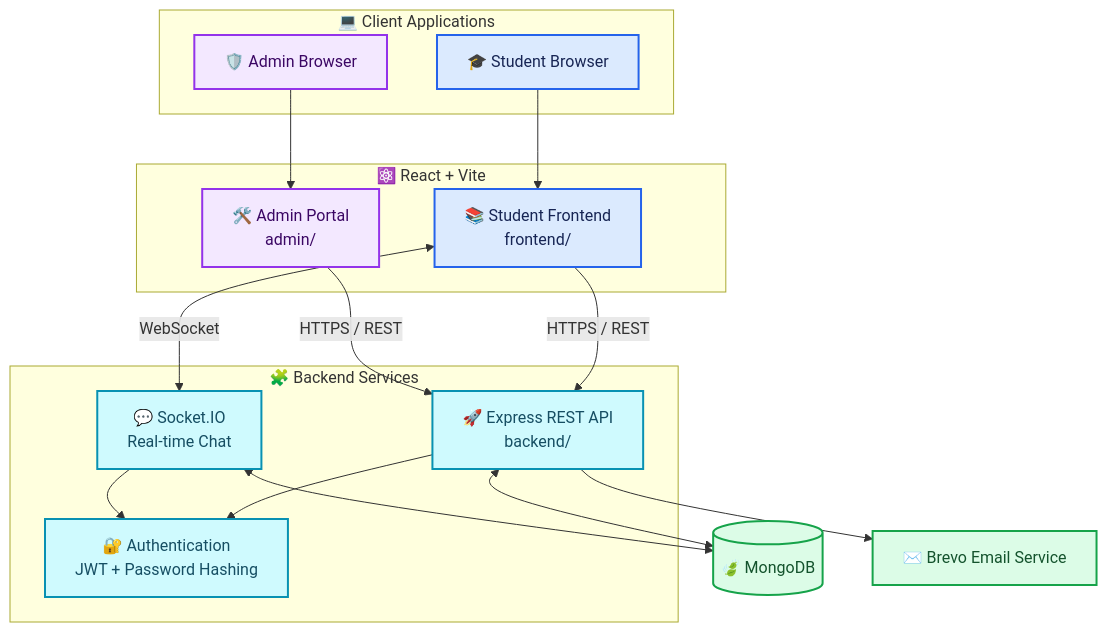
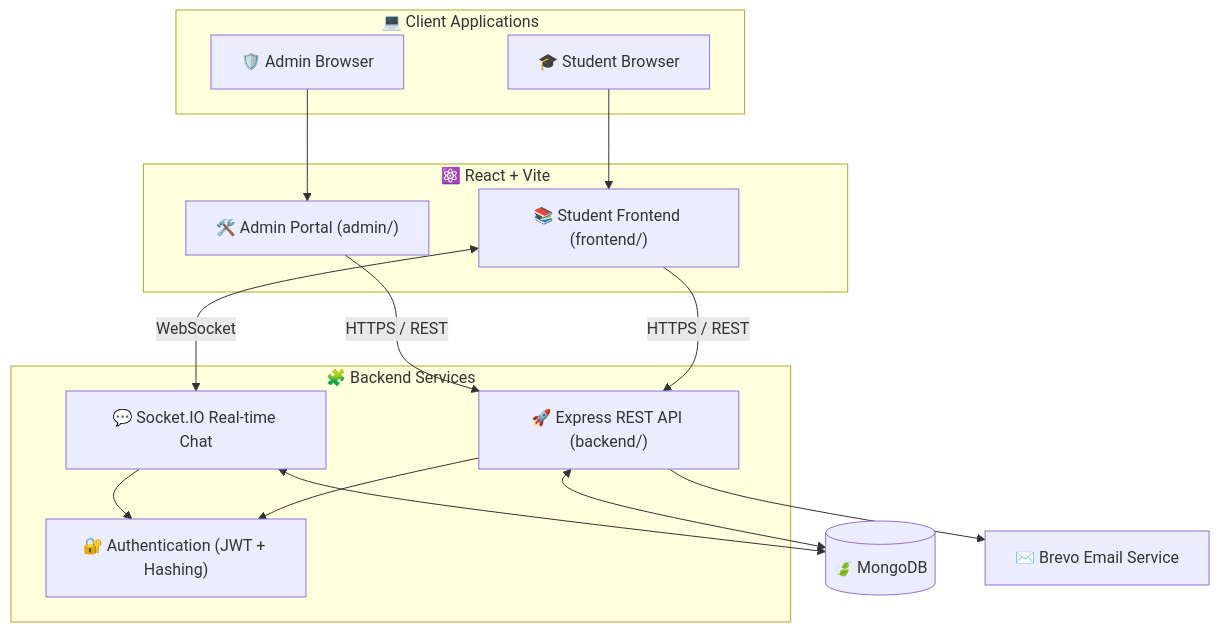
Before and after one commit to SSManikandaprabu/srm-note-finder: the diagram in README.md, drawn with Mermaid. The commit also changed other lines of this file, not shown here.

````diff
--- a/README.md
+++ b/README.md
@@ -165,41 +45,32 @@
-``` mermaid
+```mermaid
 flowchart TB
     subgraph CLIENTS["💻 Client Applications"]
         S["🎓 Student Browser"]
         A["🛡️ Admin Browser"]
     end
 
     subgraph FRONTENDS["⚛️ React + Vite"]
-        SF["📚 Student Frontend<br/>frontend/"]
-        AF["🛠️ Admin Portal<br/>admin/"]
+        SF["📚 Student Frontend (frontend/)"]
+        AF["🛠️ Admin Portal (admin/)"]
     end
 
     subgraph SERVICES["🧩 Backend Services"]
-        API["🚀 Express REST API<br/>backend/"]
-        WS["💬 Socket.IO<br/>Real-time Chat"]
-        AUTH["🔐 Authentication<br/>JWT + Password Hashing"]
+        API["🚀 Express REST API (backend/)"]
+        WS["💬 Socket.IO Real-time Chat"]
+        AUTH["🔐 Authentication (JWT + Hashing)"]
     end
 
     DB[("🍃 MongoDB")]
     MAIL["✉️ Brevo Email Service"]
 
     S --> SF
     A --> AF
     SF -->|"HTTPS / REST"| API
     AF -->|"HTTPS / REST"| API
     SF <-->|"WebSocket"| WS
     API --> AUTH
     WS --> AUTH
     API <--> DB
     WS <--> DB
     API --> MAIL
-
-    classDef student fill:#dbeafe,stroke:#2563eb,color:#172554,stroke-width:2px
-    classDef admin fill:#f3e8ff,stroke:#9333ea,color:#3b0764,stroke-width:2px
-    classDef service fill:#cffafe,stroke:#0891b2,color:#164e63,stroke-width:2px
-    classDef data fill:#dcfce7,stroke:#16a34a,color:#14532d,stroke-width:2px
-    class S,SF student
-    class A,AF admin
-    class API,WS,AUTH service
-    class DB,MAIL data
 ```
````
